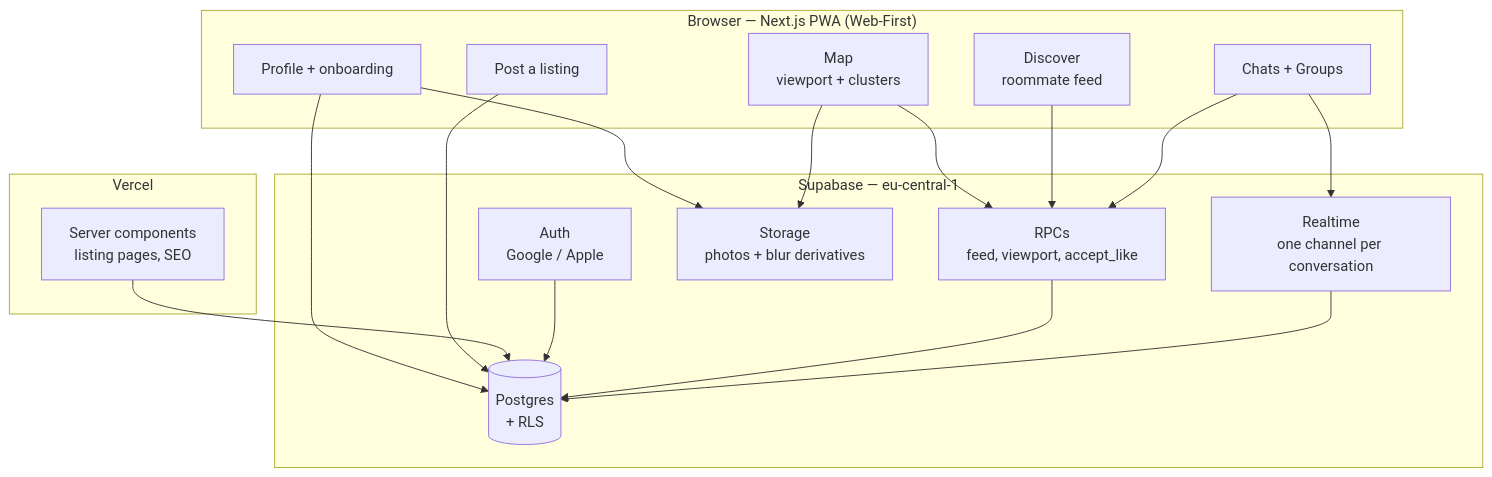
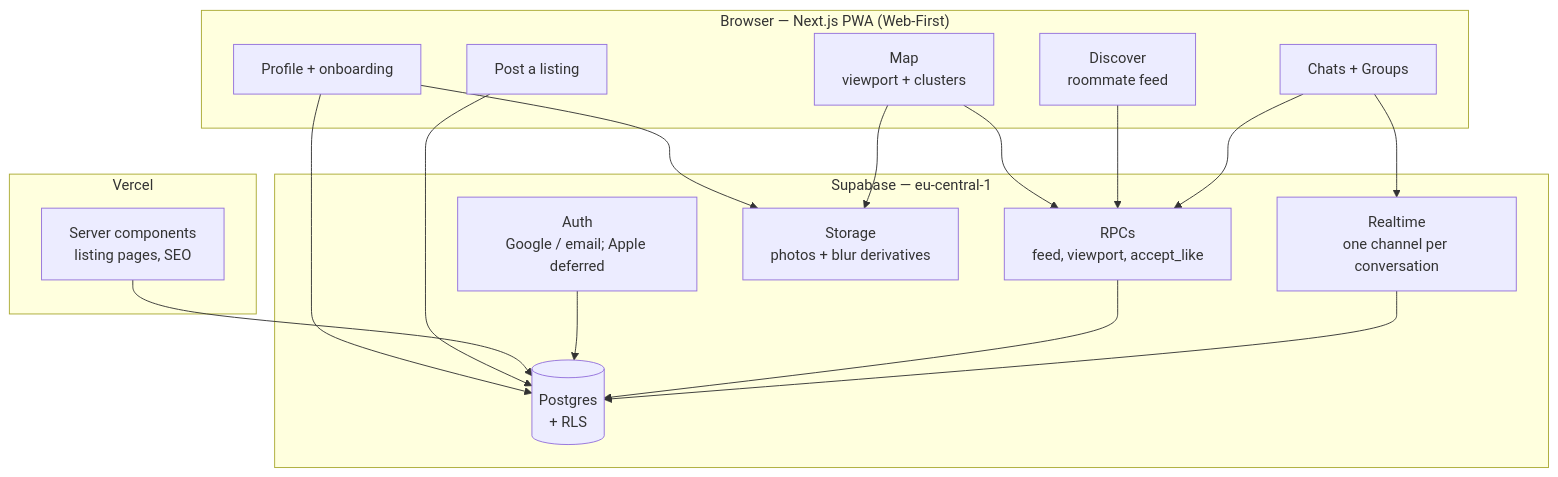
Before and after one commit to lironrubin100/appartement-tinder: the diagram in ARCHITECTURE.md, drawn with Mermaid. The commit also changed other lines of this file and 76 other files, not shown here.

````diff
--- a/ARCHITECTURE.md
+++ b/ARCHITECTURE.md
@@ -11,35 +11,35 @@
 ```mermaid
 graph TB
     subgraph client["Browser — Next.js PWA (Web-First)"]
         Map["Map<br/>viewport + clusters"]
         Disc["Discover<br/>roommate feed"]
         Chat["Chats + Groups"]
         Prof["Profile + onboarding"]
         Post["Post a listing"]
     end
 
     subgraph edge["Vercel"]
         SSR["Server components<br/>listing pages, SEO"]
     end
 
     subgraph supa["Supabase — eu-central-1"]
-        Auth["Auth<br/>Google / Apple"]
+        Auth["Auth<br/>Google / email; Apple deferred"]
         RPC["RPCs<br/>feed, viewport, accept_like"]
         DB[("Postgres<br/>+ RLS")]
         RT["Realtime<br/>one channel per conversation"]
         Store["Storage<br/>photos + blur derivatives"]
     end
 
     Map --> RPC
     Disc --> RPC
     Chat --> RT
     Chat --> RPC
     Prof --> DB
     Post --> DB
     SSR --> DB
     Auth --> DB
     RPC --> DB
     RT --> DB
     Prof --> Store
     Map --> Store
 ```
````
